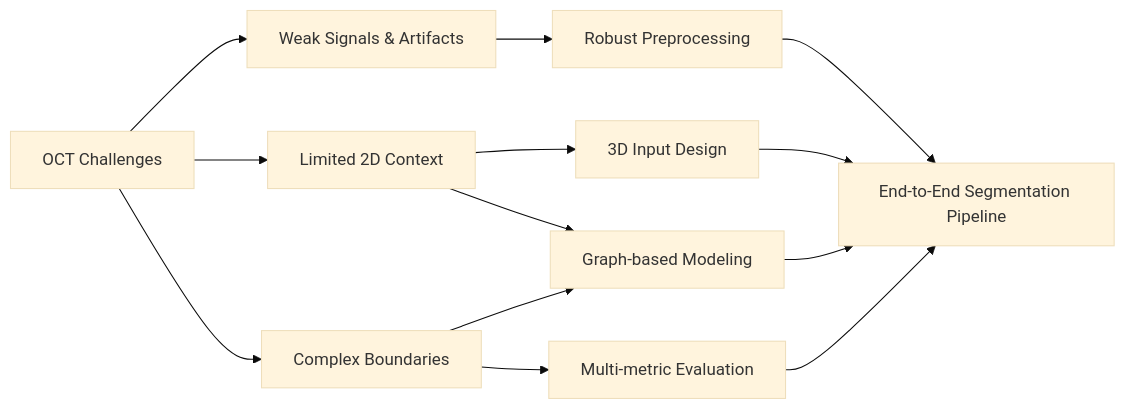
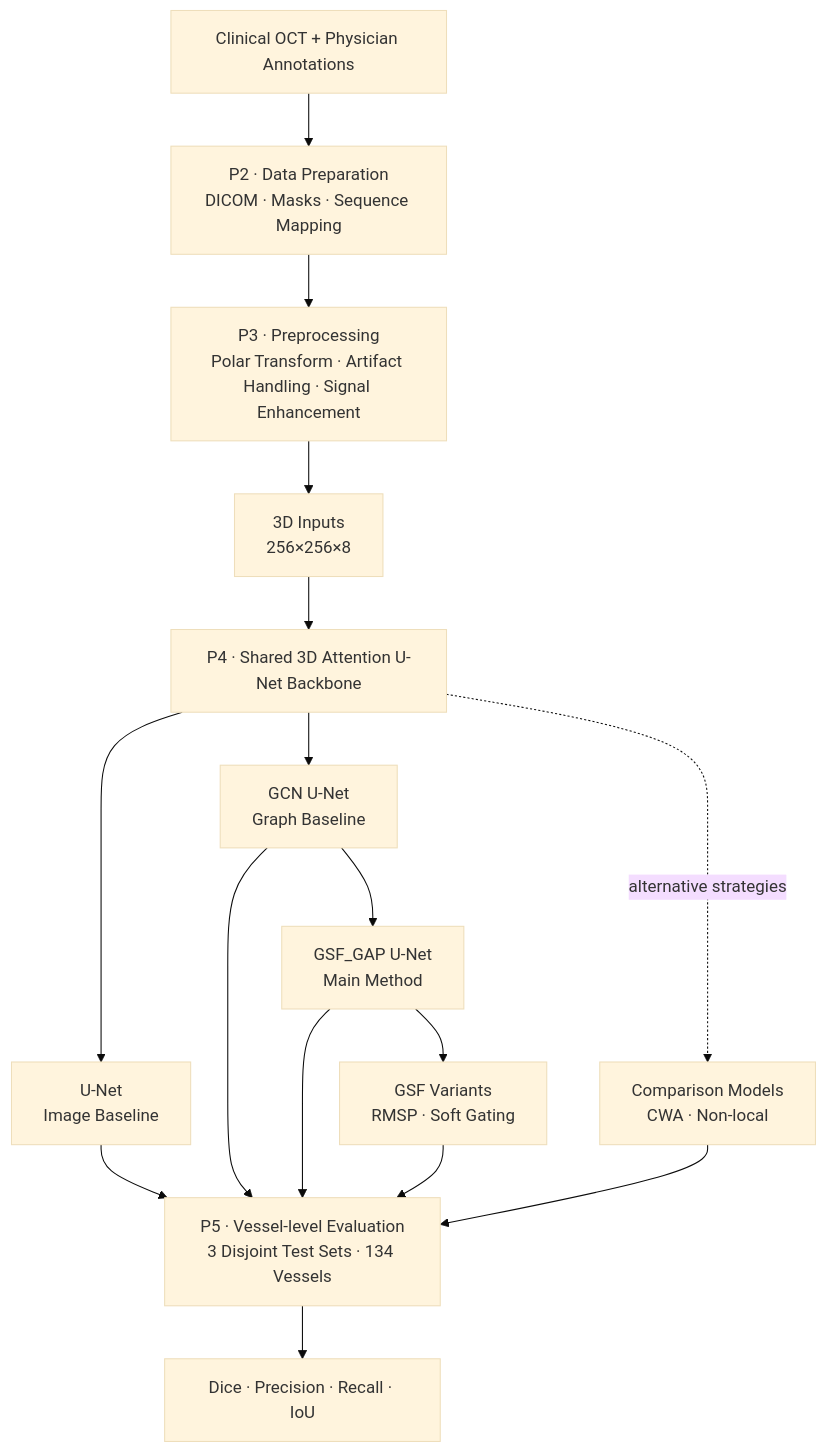
One commit to ChengYuChing/3D-DLimage-segmentation changed the first of 5 diagrams in README.md. Above: the diagram before and after it, drawn with Mermaid (base theme). The commit also changed other lines of this file, not shown here.

Commit message:
Add end-to-end system overview and align README terminology

````diff
--- a/README.md
+++ b/README.md
@@ -43,17 +25,30 @@
 ```mermaid
-flowchart LR
-    A["OCT Challenges"] --> B["Weak Signals & Artifacts"]
-    A --> C["Limited 2D Context"]
-    A --> D["Complex Boundaries"]
+flowchart TB
+    A["Clinical OCT + Physician Annotations"]
+    B["P2 · Data Preparation<br/>DICOM · Masks · Sequence Mapping"]
+    C["P3 · Preprocessing<br/>Polar Transform · Artifact Handling · Signal Enhancement"]
+    D["3D Inputs<br/>256×256×8"]
+    E["P4 · Shared 3D Attention U-Net Backbone"]
 
-    B --> E["Robust Preprocessing"]
-    C --> F["3D Input Design"]
-    C --> G["Graph-based Modeling"]
-    D --> G
-    D --> H["Multi-metric Evaluation"]
+    U["U-Net<br/>Image Baseline"]
+    G["GCN U-Net<br/>Graph Baseline"]
+    S["GSF_GAP U-Net<br/>Main Method"]
+    V["GSF Variants<br/>RMSP · Soft Gating"]
+    X["Comparison Models<br/>CWA · Non-local"]
 
-    E --> I["End-to-End Segmentation Pipeline"]
-    F --> I
-    G --> I
-    H --> I
+    F["P5 · Vessel-level Evaluation<br/>3 Disjoint Test Sets · 134 Vessels"]
+    R["Dice · Precision · Recall · IoU"]
+
+    A --> B --> C --> D --> E
+    E --> U
+    E --> G --> S
+    S --> V
+    E -. "alternative strategies" .-> X
+
+    U --> F
+    G --> F
+    S --> F
+    V --> F
+    X --> F
+    F --> R
 ```
````
